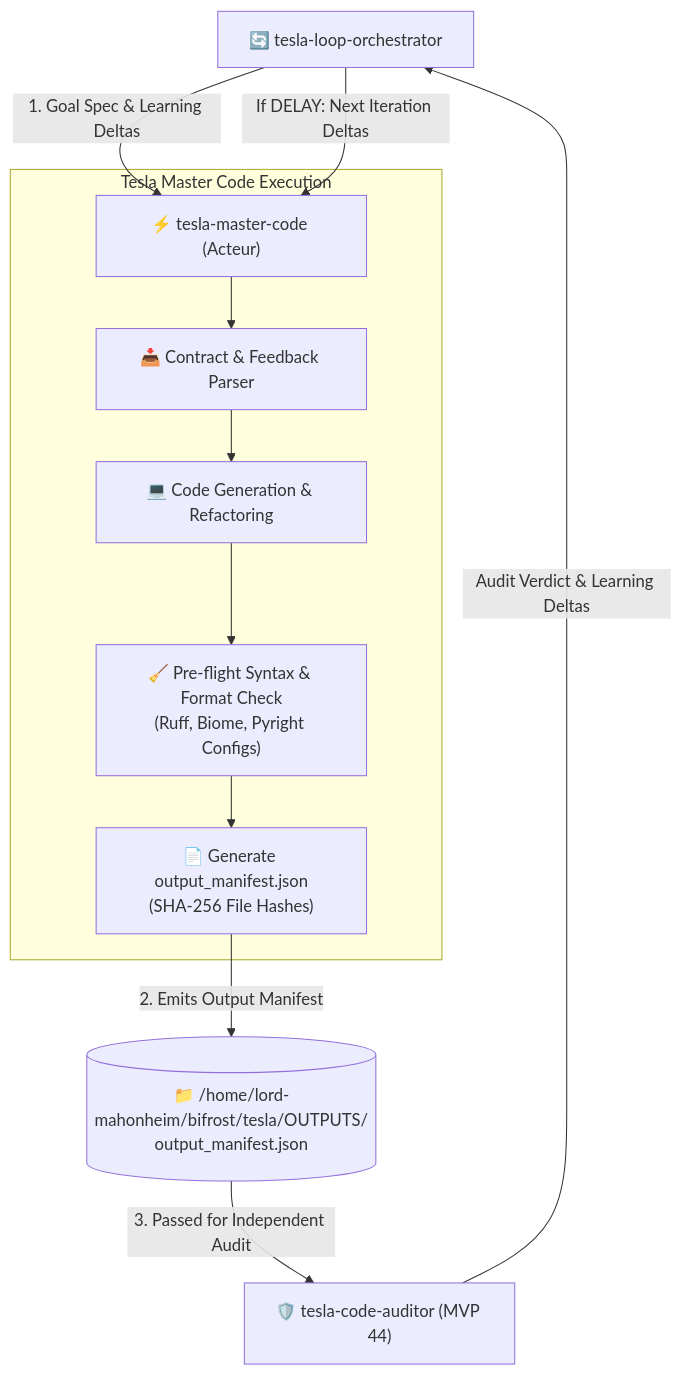
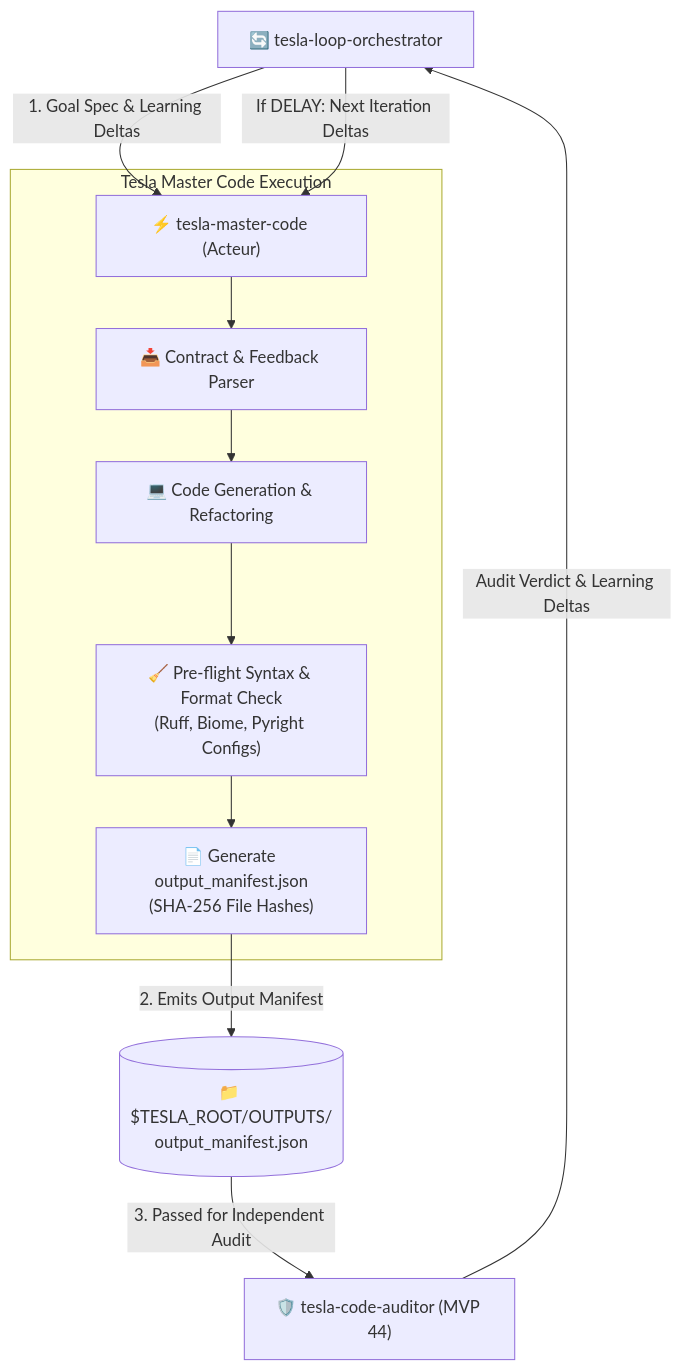
The diagram in 16-Tesla-Master-Code/README.md (lordmahonheim-bot/Tesla-Antigravity-CLI), drawn with Mermaid before and after one commit. The commit also changed other lines of this file and 72 other files, not shown here.

Commit message:
chore(Security): Scrub all hardcoded absolute paths to /home/lord-mahonheim/bifrost/tesla across MVP-GITHUB

````diff
--- a/16-Tesla-Master-Code/README.md
+++ b/16-Tesla-Master-Code/README.md
@@ -26,17 +26,17 @@
 ```mermaid
 flowchart TD
     TLO["🔄 tesla-loop-orchestrator"] -->|1. Goal Spec & Learning Deltas| TMC["⚡ tesla-master-code (Acteur)"]
     
     subgraph Acteur Engine ["Tesla Master Code Execution"]
         TMC --> TaskParser["📥 Contract & Feedback Parser"]
         TaskParser --> CodeGen["💻 Code Generation & Refactoring"]
         CodeGen --> FormatCheck["🧹 Pre-flight Syntax & Format Check\n(Ruff, Biome, Pyright Configs)"]
         FormatCheck --> ManifestGen["📄 Generate output_manifest.json\n(SHA-256 File Hashes)"]
     end
 
-    ManifestGen -->|2. Emits Output Manifest| OUTPUT[("📁 /home/lord-mahonheim/bifrost/tesla/OUTPUTS/\noutput_manifest.json")]
+    ManifestGen -->|2. Emits Output Manifest| OUTPUT[("📁 $TESLA_ROOT/OUTPUTS/\noutput_manifest.json")]
     OUTPUT -->|3. Passed for Independent Audit| TCA["🛡️ tesla-code-auditor (MVP 44)"]
     
     TCA -->|Audit Verdict & Learning Deltas| TLO
     TLO -->|If DELAY: Next Iteration Deltas| TMC
 ```
````
